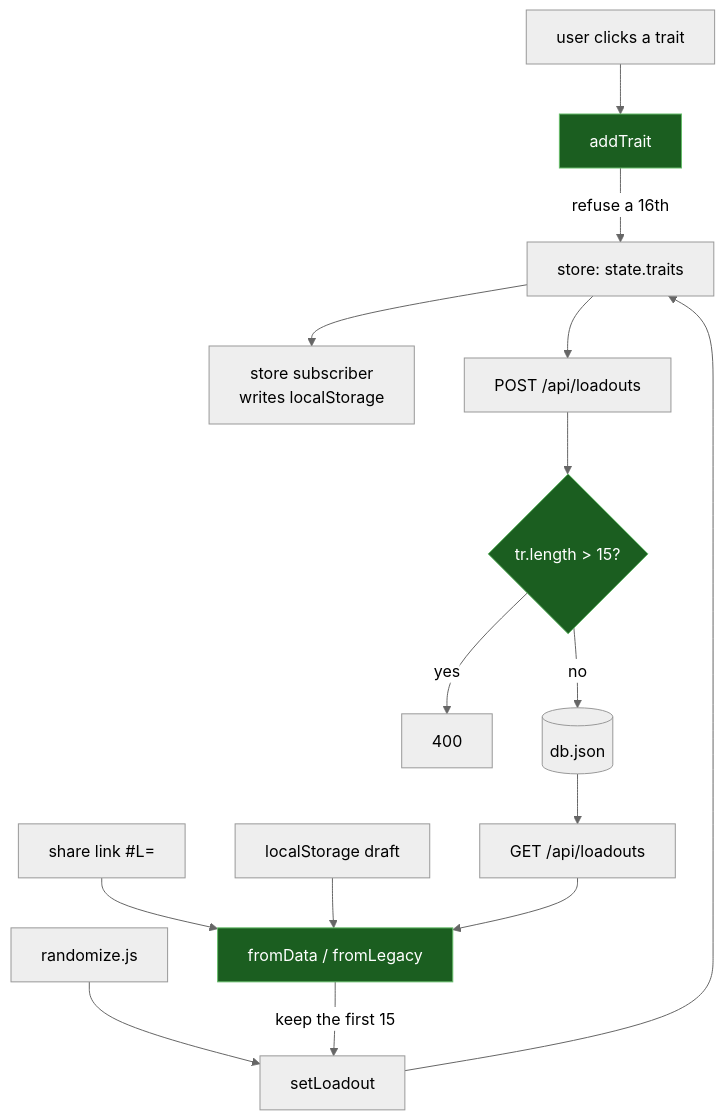
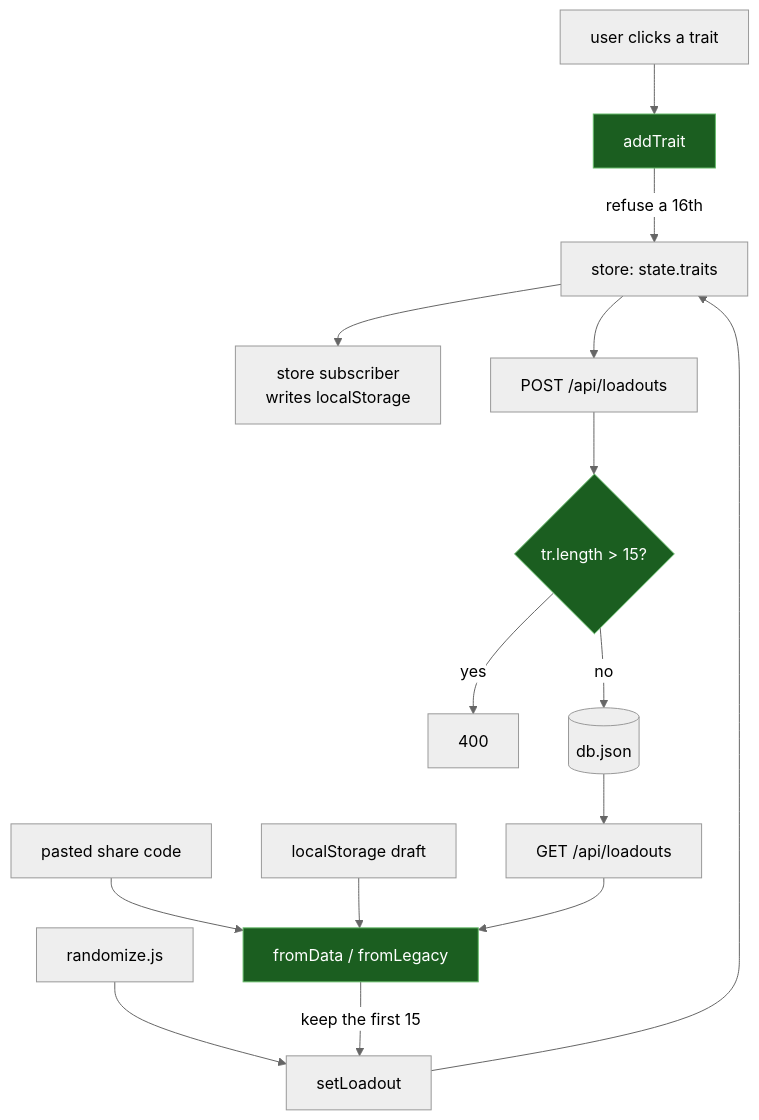
Before and after one commit to jonstump/the-outfitter: the diagram in docs/adrs/ADR-0012-fifteen-trait-cap.md, drawn with Mermaid (neutral theme). The commit also changed other lines of this file and 13 other files, not shown here.

````diff
--- a/docs/adrs/ADR-0012-fifteen-trait-cap.md
+++ b/docs/adrs/ADR-0012-fifteen-trait-cap.md
@@ -106,22 +106,22 @@
 ```mermaid
 graph TD
     TYPE["user clicks a trait"] --> ADD["addTrait"]
-    SHARE["share link #L="] --> DEC["fromData / fromLegacy"]
+    SHARE["pasted share code"] --> DEC["fromData / fromLegacy"]
     LS["localStorage draft"] --> DEC
     SRV["GET /api/loadouts"] --> DEC
     RNG["randomize.js"] --> SET
 
     ADD -->|"refuse a 16th"| STATE["store: state.traits"]
     DEC -->|"keep the first 15"| SET["setLoadout"]
     SET --> STATE
 
     STATE --> SUB["store subscriber<br/>writes localStorage"]
     STATE --> SAVE["POST /api/loadouts"]
     SAVE --> VAL{"tr.length > 15?"}
     VAL -->|"yes"| R400["400"]
     VAL -->|"no"| DB[("db.json")]
     DB --> SRV
 
     classDef bound fill:#1b5e20,stroke:#66bb6a,color:#fff
     class ADD,DEC,VAL bound
 ```
````
